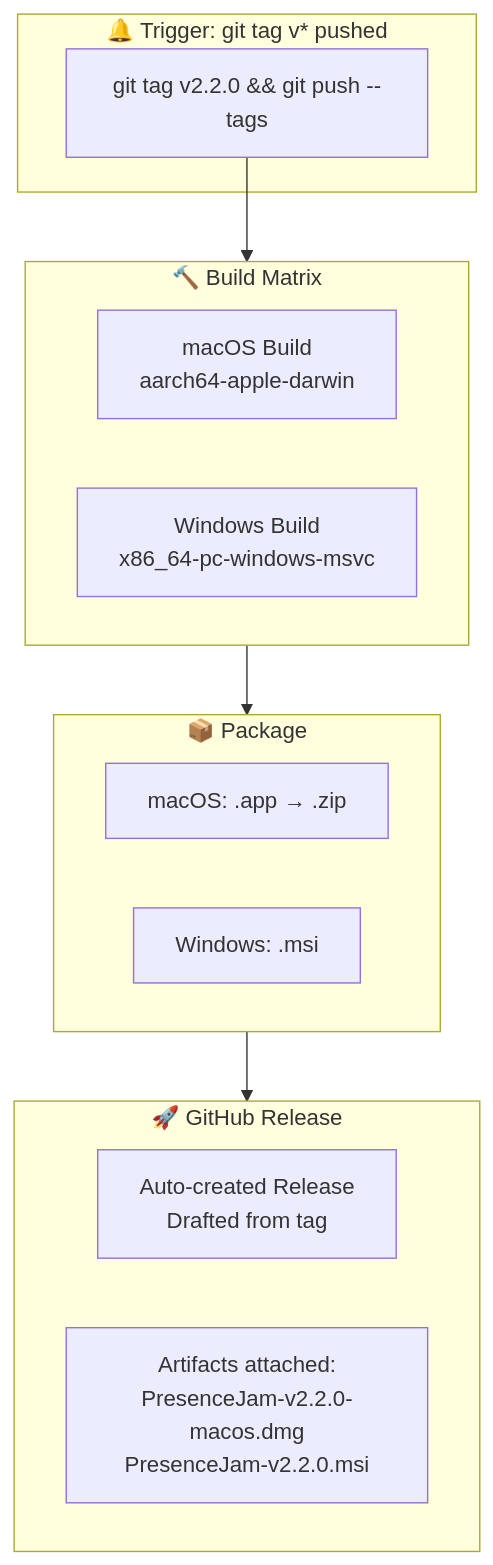
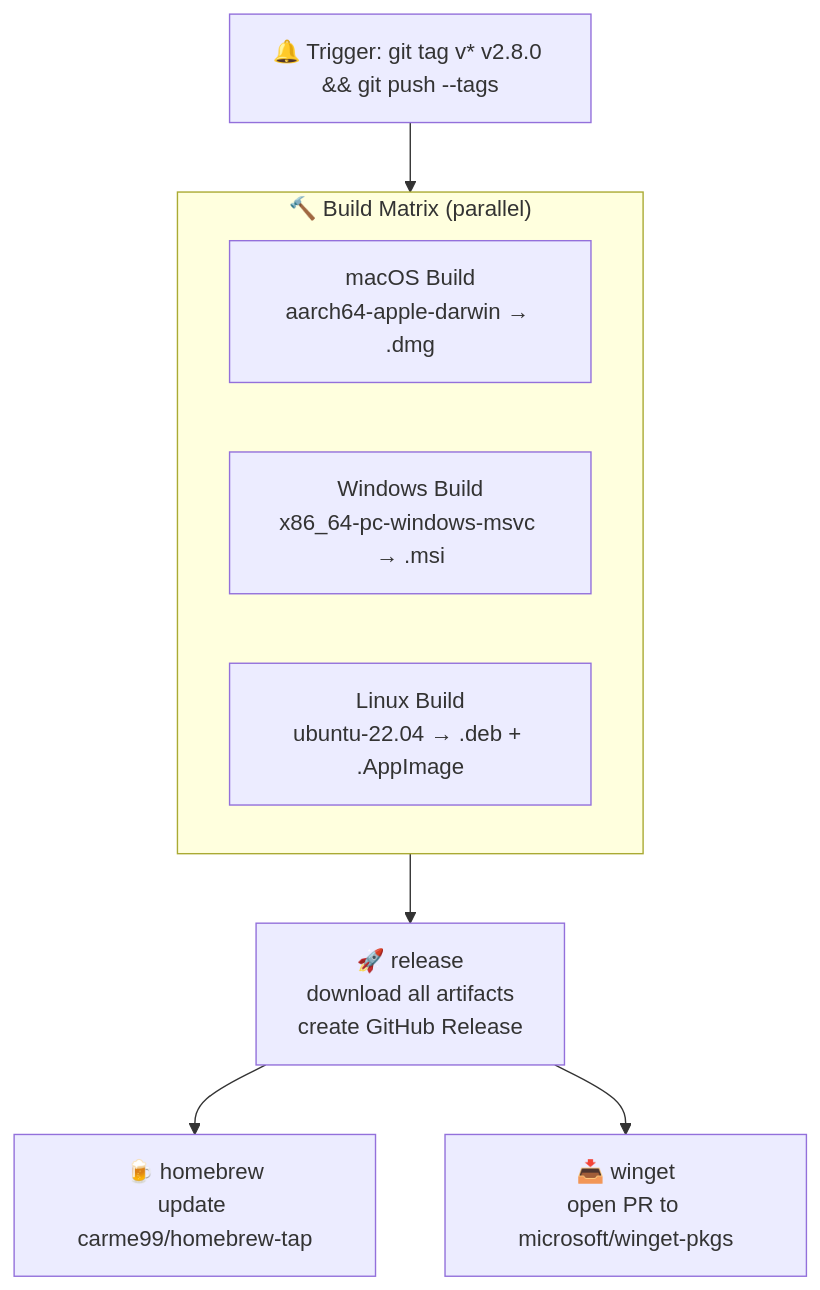
One commit to Carme99/PresenceJam-Desktop changed the second of 8 diagrams in ARCHITECTURE.md. Above: the diagram before and after it, drawn with Mermaid. The commit also changed other lines of this file, not shown here.

First line of the commit message:
docs(architecture): rewrite to reflect v2.7.0–v2.8.0 codebase reality

````diff
--- a/ARCHITECTURE.md
+++ b/ARCHITECTURE.md
@@ -52,27 +82,15 @@
 ```mermaid
 flowchart TD
-    subgraph Trigger["🔔 Trigger: git tag v* pushed"]
-        tag["git tag v2.2.0 && git push --tags"]
+    Trigger["🔔 Trigger: git tag v* v2.8.0 && git push --tags"]
+    subgraph Build["🔨 Build Matrix (parallel)"]
+        direction LR
+        MacBuild["macOS Build<br/>aarch64-apple-darwin → .dmg"]
+        WinBuild["Windows Build<br/>x86_64-pc-windows-msvc → .msi"]
+        LinBuild["Linux Build<br/>ubuntu-22.04 → .deb + .AppImage"]
     end
-
-    subgraph Build["🔨 Build Matrix"]
-        direction LR
-        macos_build["macOS Build<br/>aarch64-apple-darwin"]
-        windows_build["Windows Build<br/>x86_64-pc-windows-msvc"]
-    end
-
-    subgraph Package["📦 Package"]
-        direction LR
-        macos_zip["macOS: .app → .zip"]
-        msi["Windows: .msi"]
-    end
-
-    subgraph Release["🚀 GitHub Release"]
-        release["Auto-created Release<br/>Drafted from tag"]
-        assets["Artifacts attached:<br/>PresenceJam-v2.2.0-macos.dmg<br/>PresenceJam-v2.2.0.msi"]
-    end
-
-    tag --> Build
-    Build --> Package
-    Package --> Release
+    Release["🚀 release<br/>download all artifacts<br/>create GitHub Release"]
+    Brew["🍺 homebrew<br/>update carme99/homebrew-tap"]
+    Winget["📥 winget<br/>open PR to microsoft/winget-pkgs"]
+    Trigger --> Build --> Release --> Brew
+    Release --> Winget
 ```
````
